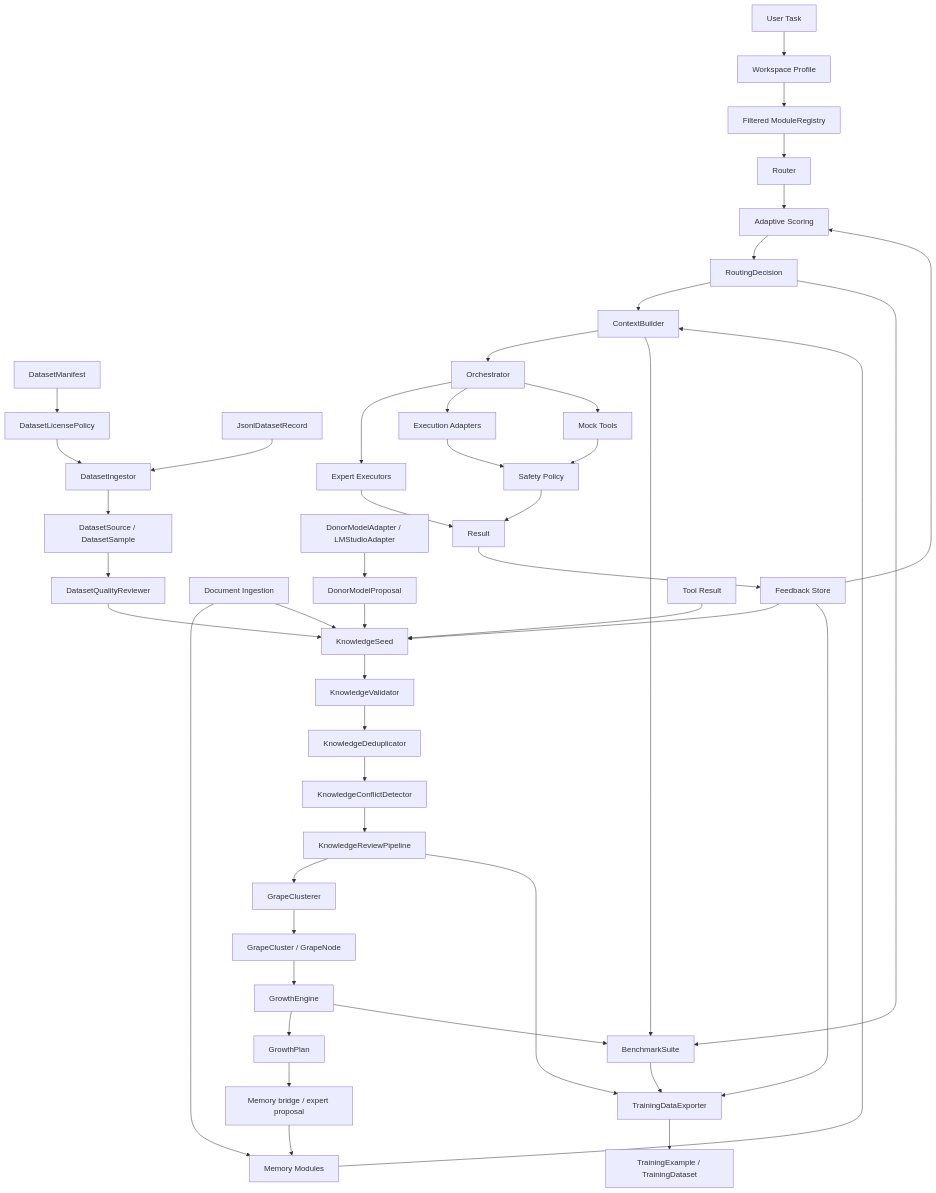
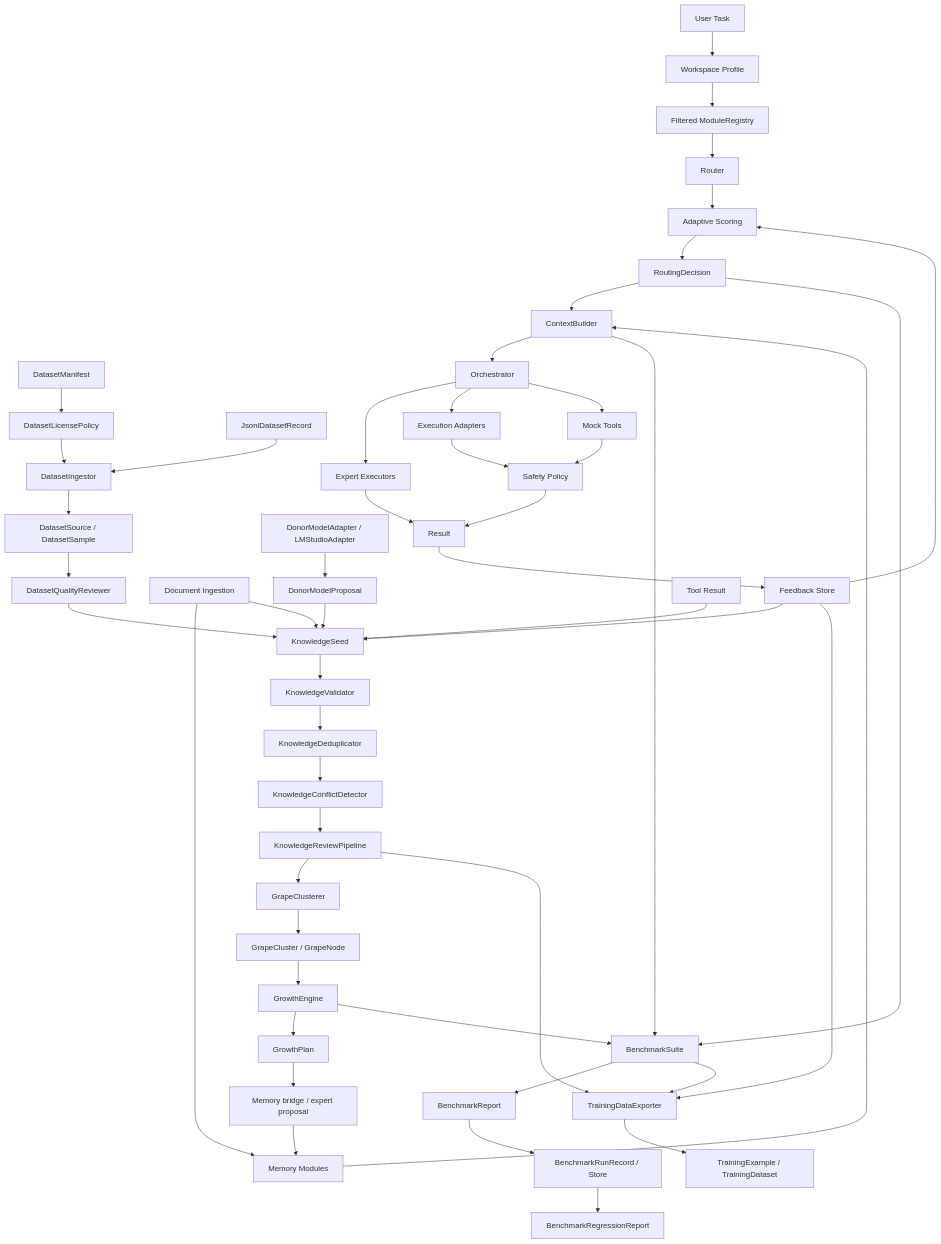
Before and after one commit to Robotyaga/Grona: the diagram in docs/architecture.md, drawn with Mermaid. The commit also changed other lines of this file and 12 other files, not shown here.

First line of the commit message:
Add benchmark run persistence and regression snapshots

````diff
--- a/docs/architecture.md
+++ b/docs/architecture.md
@@ -21,49 +21,52 @@
 ```mermaid
 flowchart TD
     A[User Task] --> B[Workspace Profile]
     B --> C[Filtered ModuleRegistry]
     C --> D[Router]
     F[Feedback Store] --> E[Adaptive Scoring]
     D --> E
     E --> G[RoutingDecision]
     H[Memory Modules] --> I[ContextBuilder]
     J[Document Ingestion] --> H
     MF[DatasetManifest] --> LP[DatasetLicensePolicy]
     JL[JsonlDatasetRecord] --> DI[DatasetIngestor]
     LP --> DI
     DI --> DS[DatasetSource / DatasetSample]
     DS --> DR[DatasetQualityReviewer]
     DR --> Q[KnowledgeSeed]
     DM[DonorModelAdapter / LMStudioAdapter] --> DP[DonorModelProposal]
     DP --> Q
     J --> Q
     R[Tool Result] --> Q
     F --> Q
     Q --> S[KnowledgeValidator]
     S --> U[KnowledgeDeduplicator]
     U --> V[KnowledgeConflictDetector]
     V --> W[KnowledgeReviewPipeline]
     W --> X[GrapeClusterer]
     X --> Y[GrapeCluster / GrapeNode]
     Y --> Z[GrowthEngine]
     Z --> AA[GrowthPlan]
     AA --> AB[Memory bridge / expert proposal]
     AB --> H
     G --> I
     I --> K[Orchestrator]
     K --> L[Expert Executors]
     K --> M[Execution Adapters]
     K --> N[Mock Tools]
     M --> O[Safety Policy]
     N --> O
     O --> P[Result]
     L --> P
     P --> F
     G --> BS[BenchmarkSuite]
     I --> BS
     Z --> BS
+    BS --> BR[BenchmarkReport]
+    BR --> BRS[BenchmarkRunRecord / Store]
+    BRS --> REG[BenchmarkRegressionReport]
     W --> TD[TrainingDataExporter]
     F --> TD
     BS --> TD
     TD --> TE[TrainingExample / TrainingDataset]
 ```
````
